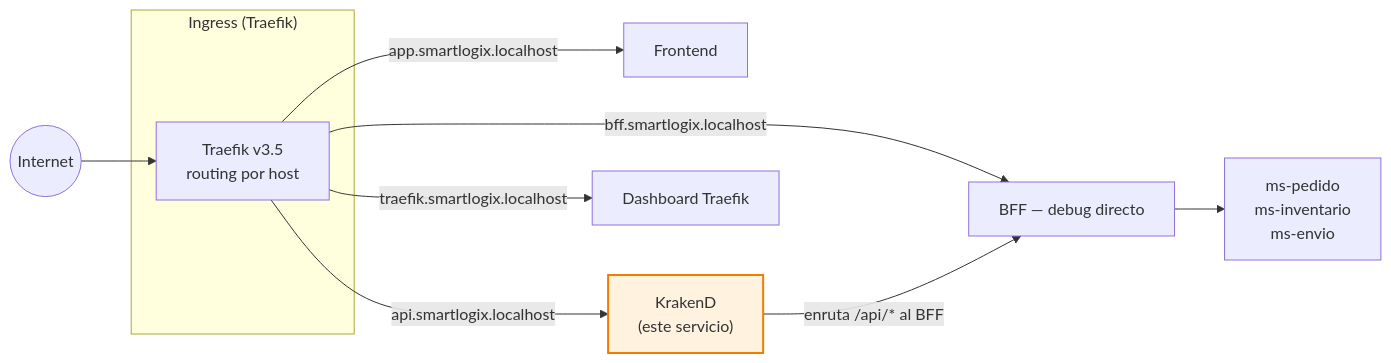
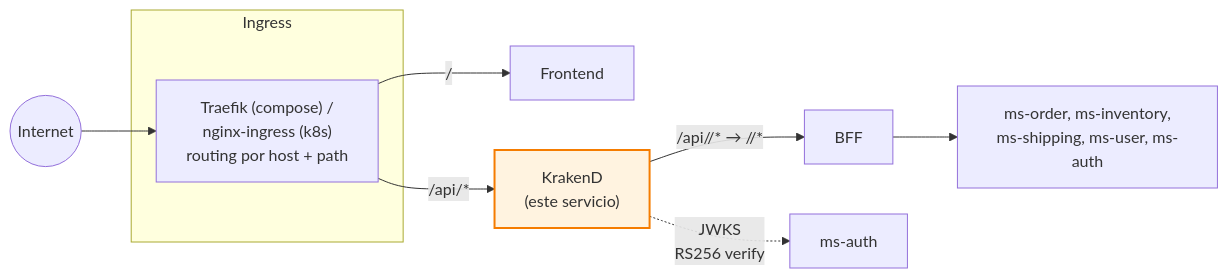
The first of 2 diagrams in backend/api-gateway/README.md (smartLogixfs/smartlogixs), drawn with Mermaid before and after one commit. The commit also changed other lines of this file and 8 other files, not shown here.

````diff
--- a/backend/api-gateway/README.md
+++ b/backend/api-gateway/README.md
@@ -31,20 +45,19 @@
 ```mermaid
 flowchart LR
     Internet((Internet))
 
-    Internet --> Traefik
-    subgraph Edge["Ingress (Traefik)"]
-        Traefik["Traefik v3.5<br/>routing por host"]
+    Internet --> Ingress
+    subgraph Edge["Ingress"]
+        Ingress["Traefik (compose) /<br/>nginx-ingress (k8s)<br/>routing por host + path"]
     end
 
-    Traefik -->|app.smartlogix.localhost| FE[Frontend]
-    Traefik -->|api.smartlogix.localhost| K["KrakenD<br/>(este servicio)"]
-    Traefik -->|bff.smartlogix.localhost| BFF[BFF — debug directo]
-    Traefik -->|traefik.smartlogix.localhost| Dash[Dashboard Traefik]
+    Ingress -->|"/"| FE[Frontend]
+    Ingress -->|"/api/*"| K["KrakenD<br/>(este servicio)"]
 
-    K -->|enruta /api/* al BFF| BFF
-    BFF --> MS["ms-pedido<br/>ms-inventario<br/>ms-envio"]
+    K -->|"/api/<recurso>/* → /<recurso>/*"| BFF[BFF]
+    K -.->|JWKS<br/>RS256 verify| A[ms-auth]
+    BFF --> MS["ms-order, ms-inventory,<br/>ms-shipping, ms-user, ms-auth"]
 
     classDef gw fill:#fff3e0,stroke:#f57c00,stroke-width:2px
     class K gw
 ```
````
